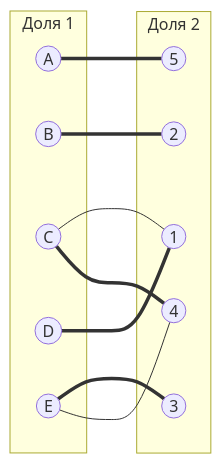
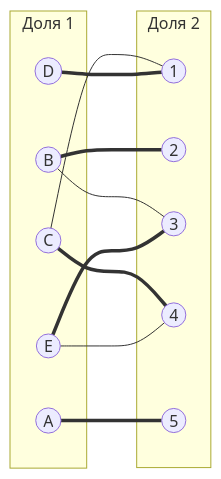
One commit to algos-ris-24-3/manual-tasks changed the third of 4 diagrams in Задание 8/girls.md. Above: the diagram before and after it, drawn with Mermaid. The commit also changed other lines of this file, not shown here.

````diff
--- a/Задание 8/girls.md
+++ b/Задание 8/girls.md
@@ -119,24 +119,25 @@
 ```mermaid
 graph LR
     subgraph "Доля 1"
         A((A))
         B((B))
         C((C))
         D((D))
         E((E))
     end
     subgraph "Доля 2"
         1((1))
         2((2))
         3((3))
         4((4))
         5((5))
     end
     A === 5
     B === 2
+    B --- 3
     C --- 1
     C === 4
     D === 1
     E === 3
     E --- 4
 ```
````
